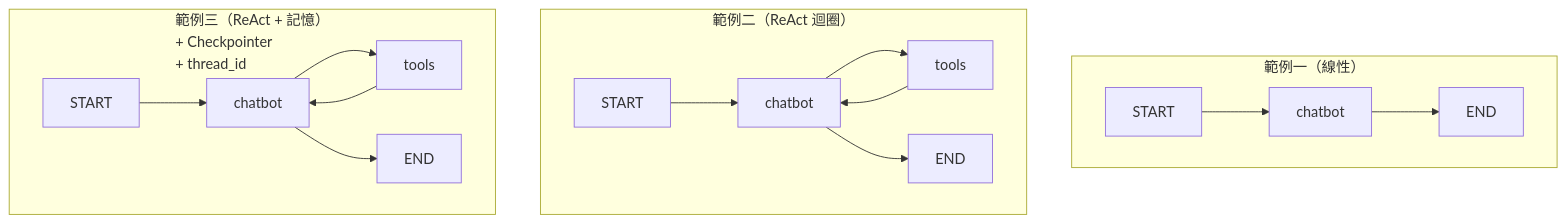
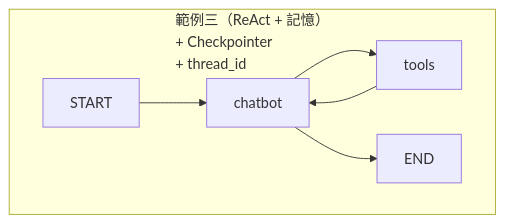
One commit to millerlai/study-langgraph changed diagram 12 of 12 in src/phase01/1.3-first-graph-quickstart.md. Above: the diagram before and after it, drawn with Mermaid. The commit also changed other lines of this file, not shown here.

Commit message:
Update diagram

````diff
--- a/src/phase01/1.3-first-graph-quickstart.md
+++ b/src/phase01/1.3-first-graph-quickstart.md
@@ -850,18 +873,9 @@
 ```mermaid
 graph TD
-    subgraph ex1["範例一（線性）"]
-        S1["START"] --> C1["chatbot"] --> E1["END"]
-    end
-    subgraph ex2["範例二（ReAct 迴圈）"]
-        S2["START"] --> C2["chatbot"]
-        C2 --> T2["tools"]
-        T2 --> C2
-        C2 --> E2["END"]
-    end
     subgraph ex3["範例三（ReAct + 記憶）\n+ Checkpointer\n+ thread_id"]
         S3["START"] --> C3["chatbot"]
         C3 --> T3["tools"]
         T3 --> C3
         C3 --> E3["END"]
     end
 ```
````
